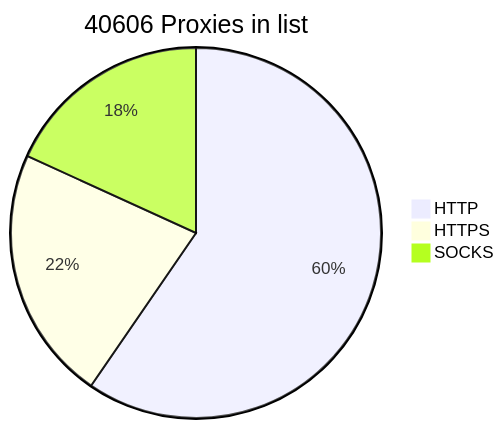
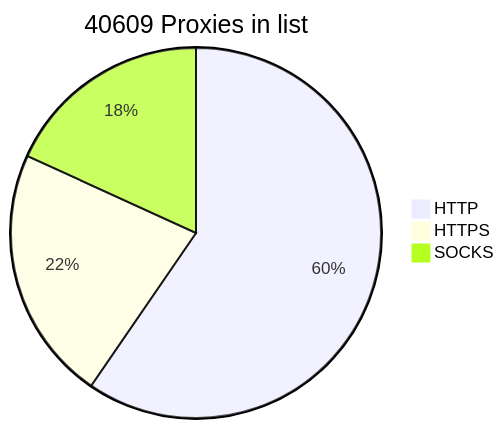
One commit to BlackSnowDot/proxylist-update-every-minute changed the diagram in README.md. Above: the diagram before and after it, drawn with Mermaid.

````diff
--- a/README.md
+++ b/README.md
@@ -2,6 +2,6 @@
 ```mermaid
-pie title 40606 Proxies in list
-    "HTTP" : 28373
-    "HTTPS": 10588
+pie title 40609 Proxies in list
+    "HTTP" : 28376
+    "HTTPS": 10597
     "SOCKS" : 8660
 ```
````
